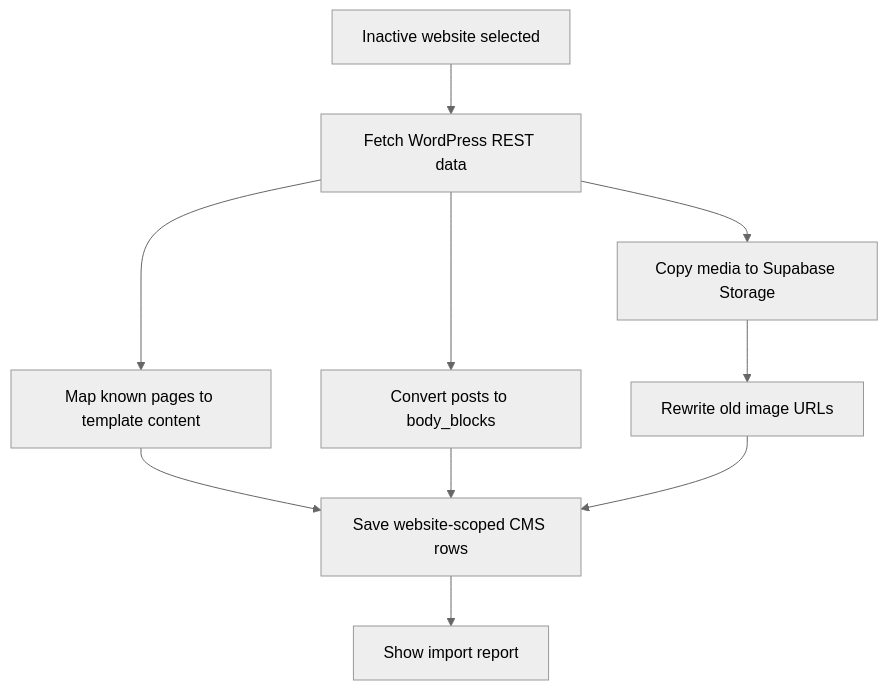
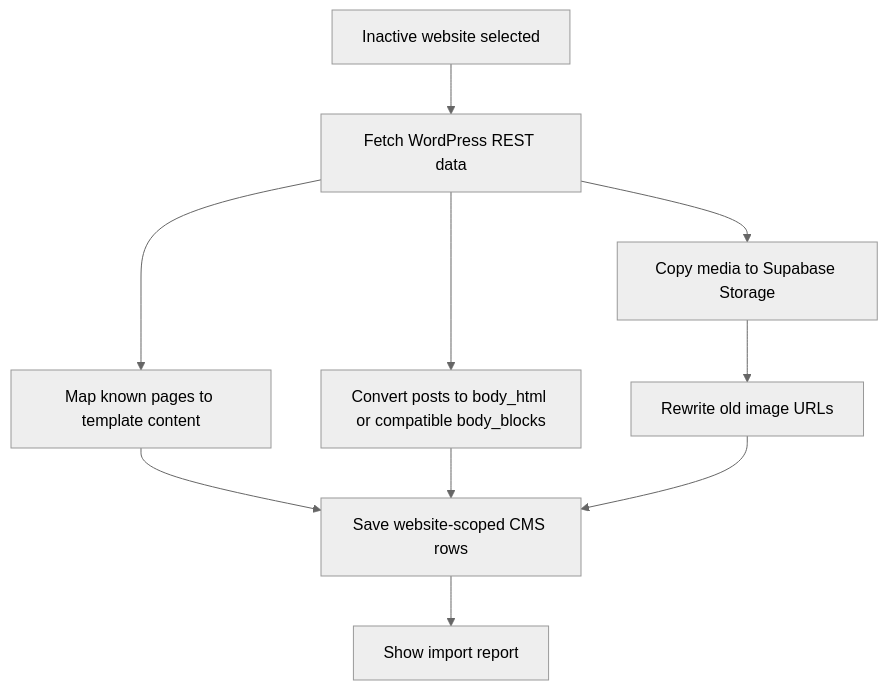
Before and after one commit to nisarhali2022/Admin-CMS: the sixth of 6 diagrams in docs/ARCHITECTURE.md, drawn with Mermaid (neutral theme). The commit also changed other lines of this file and 39 other files, not shown here.

````diff
--- a/docs/ARCHITECTURE.md
+++ b/docs/ARCHITECTURE.md
@@ -167,12 +169,12 @@
 ```mermaid
 flowchart TD
   Start["Inactive website selected"] --> Fetch["Fetch WordPress REST data"]
   Fetch --> MapPages["Map known pages to template content"]
-  Fetch --> MapPosts["Convert posts to body_blocks"]
+  Fetch --> MapPosts["Convert posts to body_html or compatible body_blocks"]
   Fetch --> Media["Copy media to Supabase Storage"]
   Media --> Rewrite["Rewrite old image URLs"]
   MapPages --> Save["Save website-scoped CMS rows"]
   MapPosts --> Save
   Rewrite --> Save
   Save --> Report["Show import report"]
 ```
````
